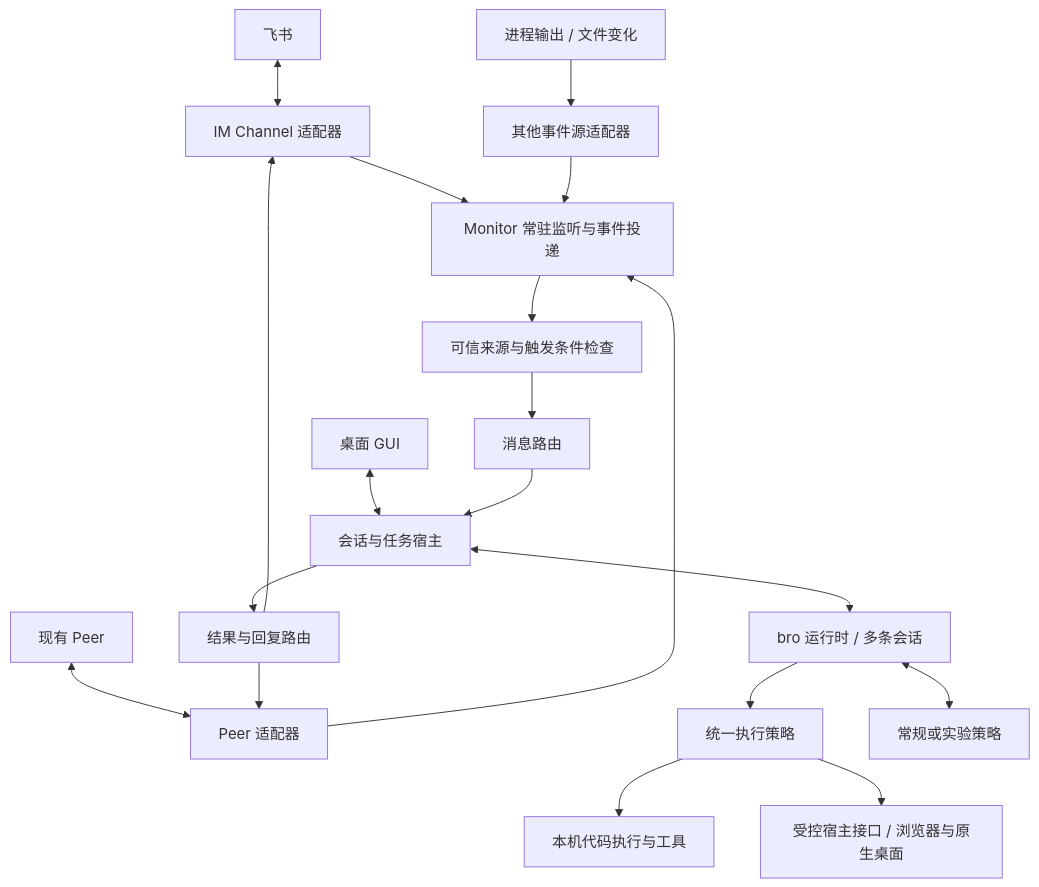
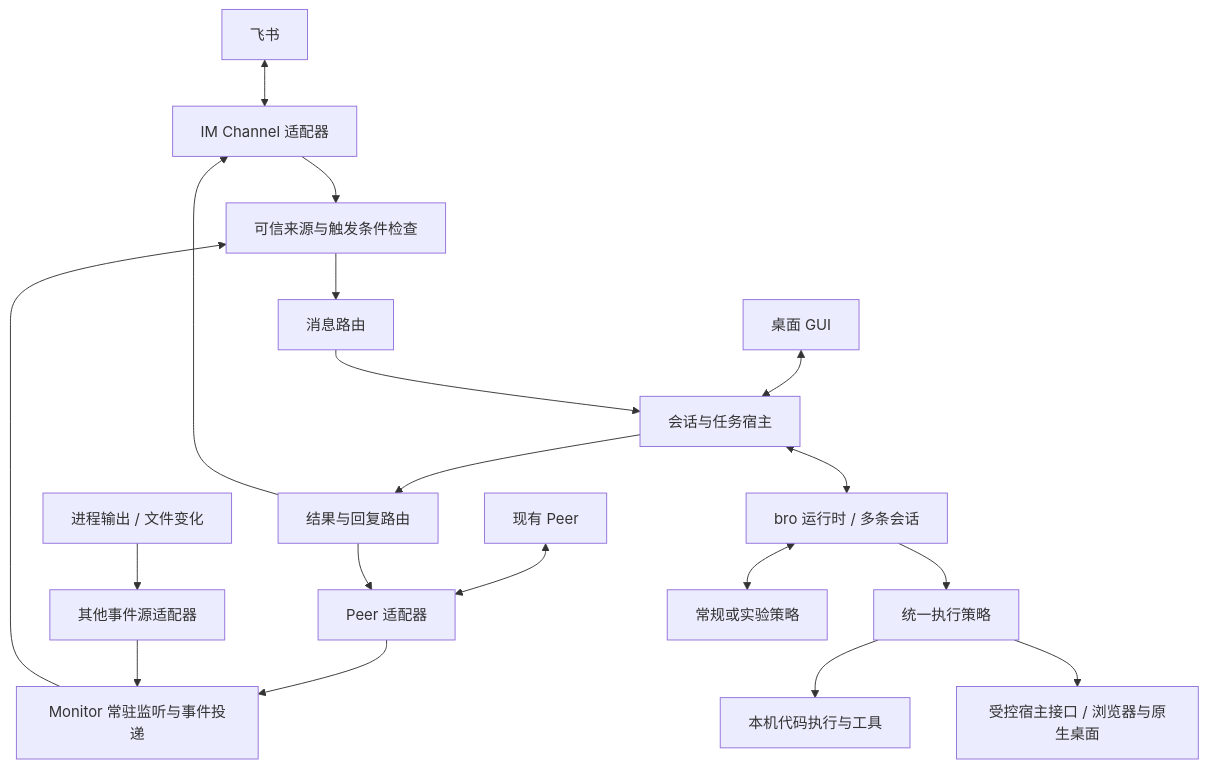
Before and after one commit to Donmagelas/Bro: the diagram in docs/changes/agent-workbench/solution.md, drawn with Mermaid. The commit also changed other lines of this file and 9 other files, not shown here.

````diff
--- a/docs/changes/agent-workbench/solution.md
+++ b/docs/changes/agent-workbench/solution.md
@@ -229,21 +229,21 @@
 ```mermaid
 flowchart TD
     IM[飞书] <--> CH[IM Channel 适配器]
     PEER[现有 Peer] <--> PA[Peer 适配器]
     SRC[进程输出 / 文件变化] --> SA[其他事件源适配器]
-    CH --> MON[Monitor 常驻监听与事件投递]
-    PA --> MON
+    CH --> TRUST[可信来源与触发条件检查]
+    PA --> MON[Monitor 常驻监听与事件投递]
     SA --> MON
-    MON --> TRUST[可信来源与触发条件检查]
+    MON --> TRUST
     TRUST --> ROUTE[消息路由]
     GUI[桌面 GUI] <--> HOST[会话与任务宿主]
     ROUTE --> HOST
     HOST <--> RUN[bro 运行时 / 多条会话]
     RUN --> EXEC[统一执行策略]
     EXEC --> CODE[本机代码执行与工具]
     EXEC --> DESKTOP[受控宿主接口 / 浏览器与原生桌面]
     RUN <--> EXP[常规或实验策略]
     HOST --> OUT[结果与回复路由]
     OUT --> CH
     OUT --> PA
 ```
````
